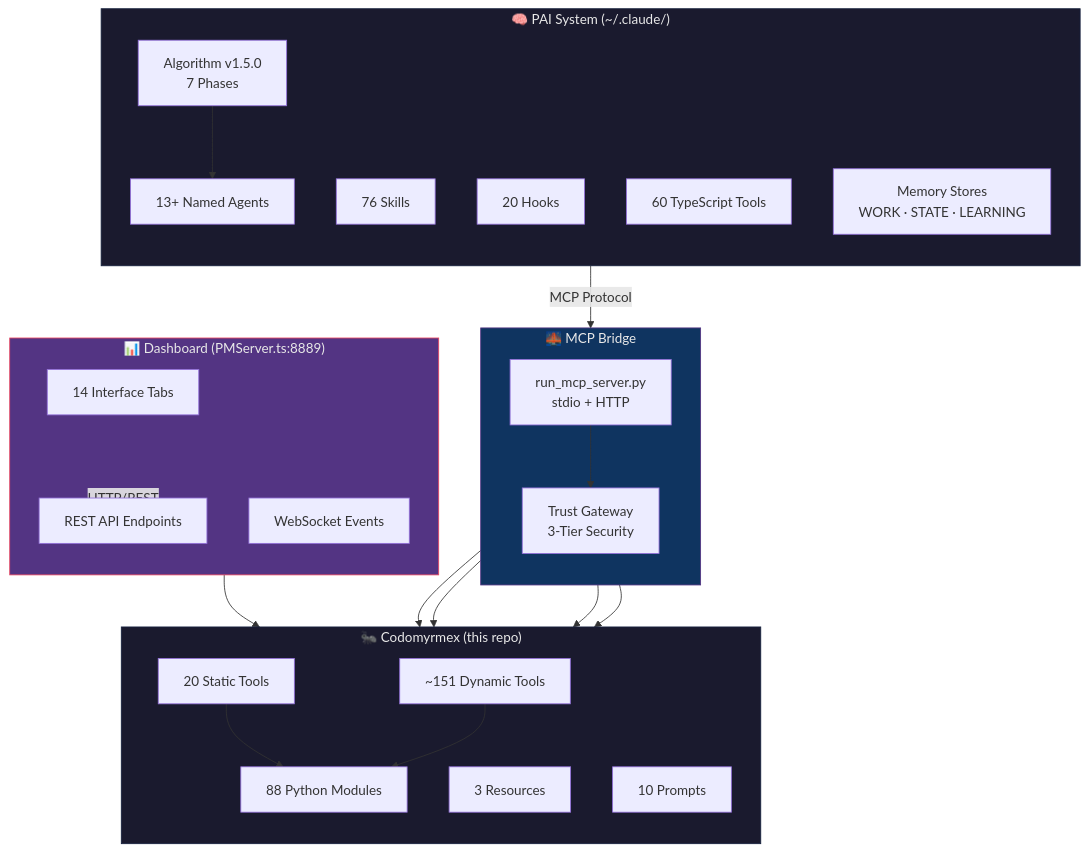
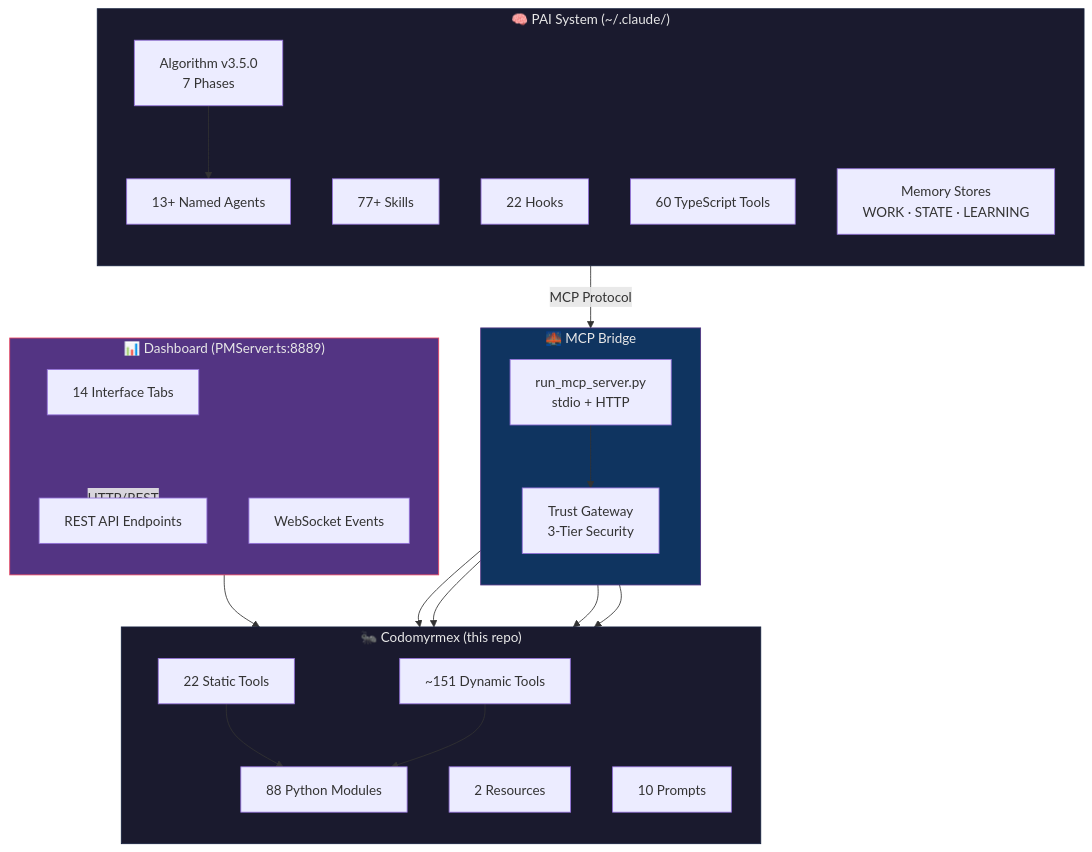
The first of 8 diagrams in docs/pai/README.md (docxology/codomyrmex), drawn with Mermaid before and after one commit. The commit also changed other lines of this file and 50 other files, not shown here.

````diff
--- a/docs/pai/README.md
+++ b/docs/pai/README.md
@@ -15,51 +15,51 @@
 ```mermaid
 graph TB
     subgraph PAI["🧠 PAI System (~/.claude/)"]
         direction TB
-        ALGO["Algorithm v1.5.0<br/>7 Phases"]
-        SKILLS["76 Skills"]
-        HOOKS["20 Hooks"]
+        ALGO["Algorithm v3.5.0<br/>7 Phases"]
+        SKILLS["77+ Skills"]
+        HOOKS["22 Hooks"]
         TOOLS_TS["60 TypeScript Tools"]
         AGENTS_PAI["13+ Named Agents"]
         MEMORY["Memory Stores<br/>WORK · STATE · LEARNING"]
     end
 
     subgraph BRIDGE["🌉 MCP Bridge"]
         direction TB
         MCP_SERVER["run_mcp_server.py<br/>stdio + HTTP"]
         TRUST["Trust Gateway<br/>3-Tier Security"]
     end
 
     subgraph CDM["🐜 Codomyrmex (this repo)"]
         direction TB
         MODULES["88 Python Modules"]
-        STATIC["20 Static Tools"]
+        STATIC["22 Static Tools"]
         DYNAMIC["~151 Dynamic Tools"]
-        RESOURCES["3 Resources"]
+        RESOURCES["2 Resources"]
         PROMPTS["10 Prompts"]
     end
 
     subgraph DASH["📊 Dashboard (PMServer.ts:8889)"]
         direction TB
         TABS["14 Interface Tabs"]
         REST["REST API Endpoints"]
         WS["WebSocket Events"]
     end
 
     ALGO --> AGENTS_PAI
     AGENTS_PAI -->|"MCP Protocol"| MCP_SERVER
     MCP_SERVER --> TRUST
     TRUST --> STATIC
     TRUST --> DYNAMIC
     MCP_SERVER --> RESOURCES
     MCP_SERVER --> PROMPTS
     STATIC --> MODULES
     DYNAMIC --> MODULES
     DASH -->|"HTTP/REST"| REST
     REST --> MODULES
 
     style PAI fill:#1a1a2e,stroke:#16213e,color:#e8e8e8
     style BRIDGE fill:#0f3460,stroke:#533483,color:#e8e8e8
     style CDM fill:#1a1a2e,stroke:#16213e,color:#e8e8e8
     style DASH fill:#533483,stroke:#e94560,color:#e8e8e8
 ```
````
